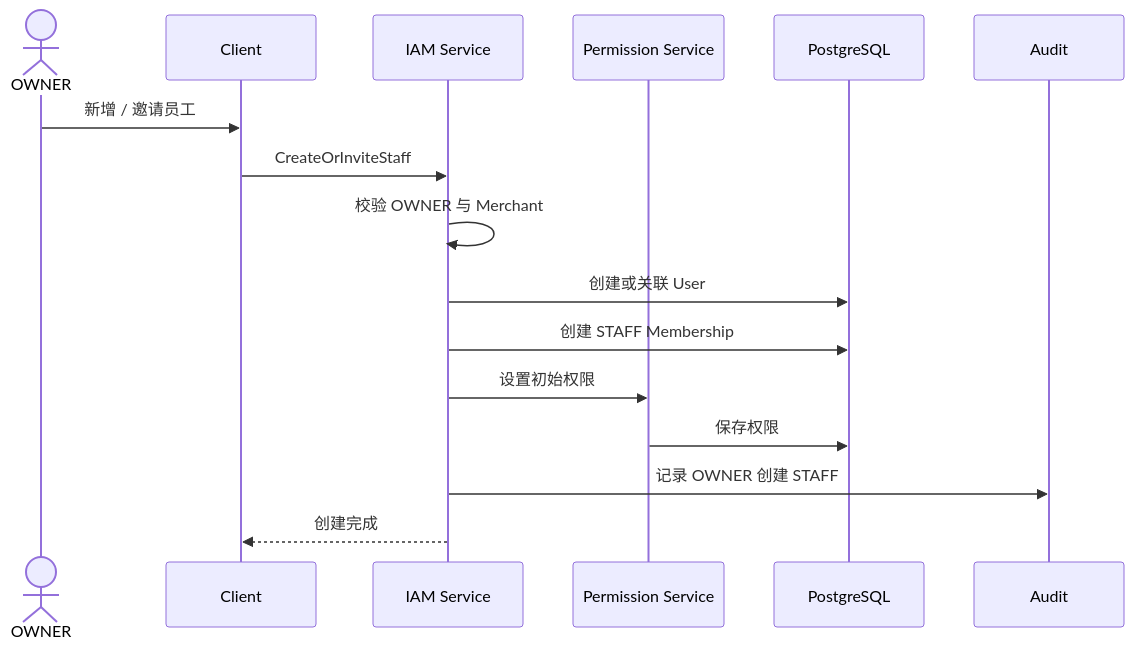
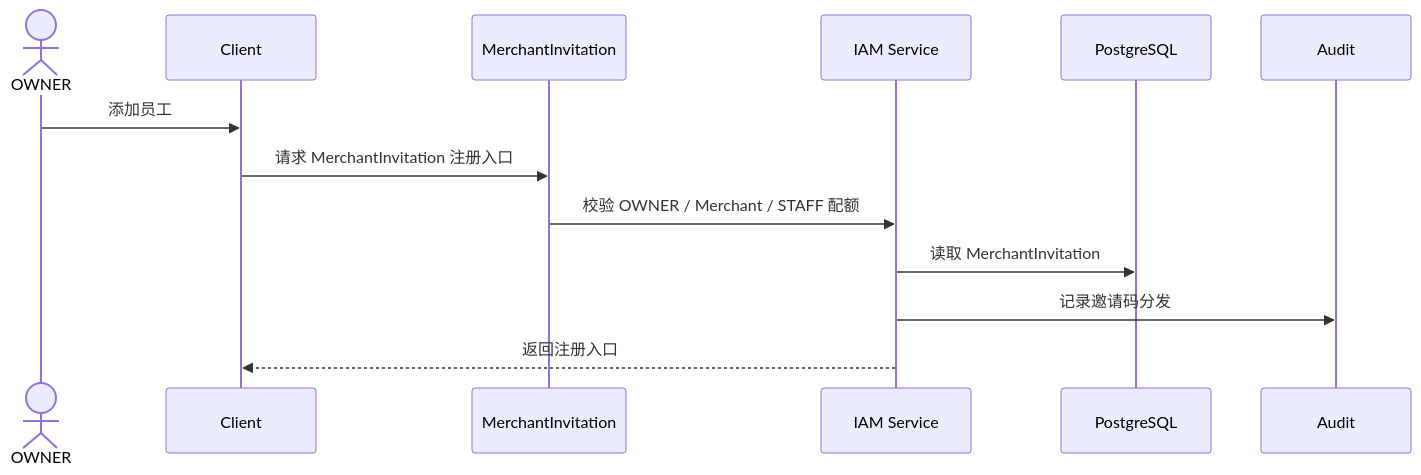
Before and after one commit to sxyq/mastergoods: the fourth of 8 diagrams in docs/system-design/01-账户与身份/03-用户资料与账号管理.md, drawn with Mermaid. The commit also changed other lines of this file and 10 other files, not shown here.

````diff
--- a/docs/system-design/01-账户与身份/03-用户资料与账号管理.md
+++ b/docs/system-design/01-账户与身份/03-用户资料与账号管理.md
@@ -131,21 +129,18 @@
 ```mermaid
 sequenceDiagram
     actor O as OWNER
     participant C as Client
+    participant INV as MerchantInvitation
     participant IAM as IAM Service
-    participant PERM as Permission Service
     participant DB as PostgreSQL
     participant AUDIT as Audit
 
-    O->>C: 新增 / 邀请员工
-    C->>IAM: CreateOrInviteStaff
+    O->>C: 添加员工
+    C->>INV: 请求 MerchantInvitation 注册入口
 
-    IAM->>IAM: 校验 OWNER 与 Merchant
-    IAM->>DB: 创建或关联 User
-    IAM->>DB: 创建 STAFF Membership
-    IAM->>PERM: 设置初始权限
-    PERM->>DB: 保存权限
-    IAM->>AUDIT: 记录 OWNER 创建 STAFF
+    INV->>IAM: 校验 OWNER / Merchant / STAFF 配额
+    IAM->>DB: 读取 MerchantInvitation
+    IAM->>AUDIT: 记录邀请码分发
 
-    IAM-->>C: 创建完成
+    IAM-->>C: 返回注册入口
 ```
````
